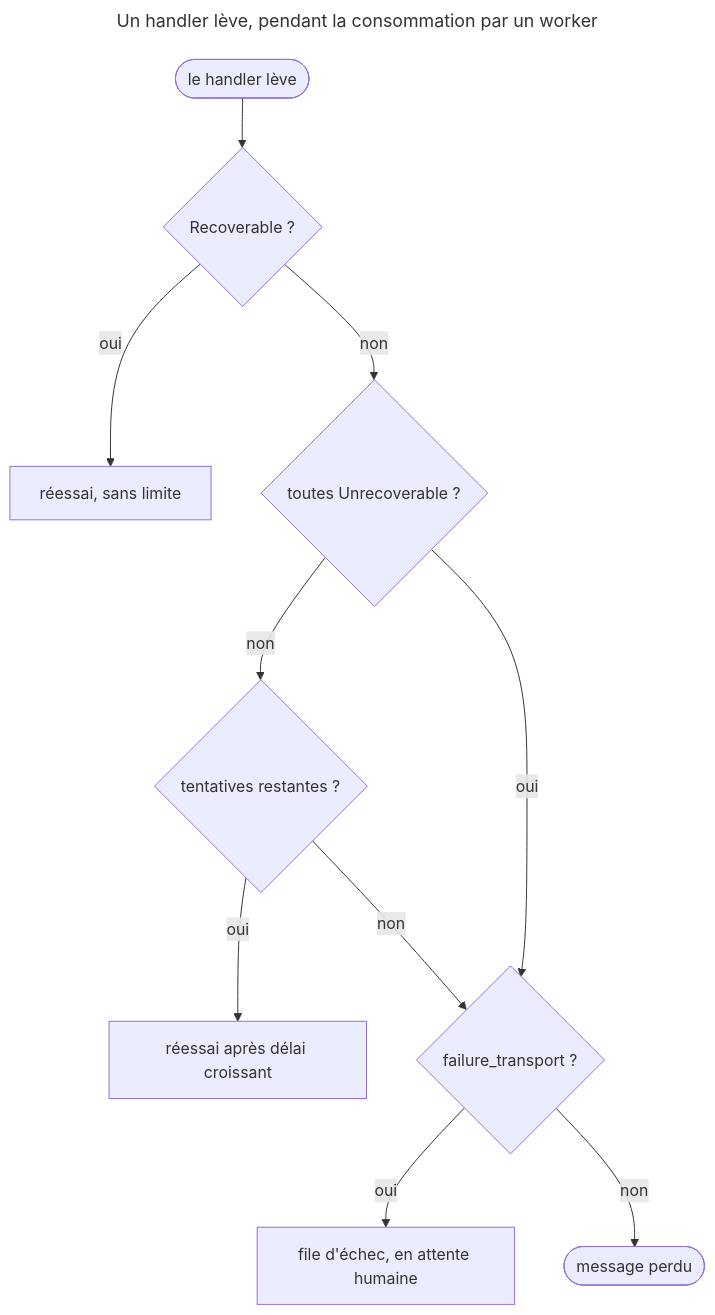
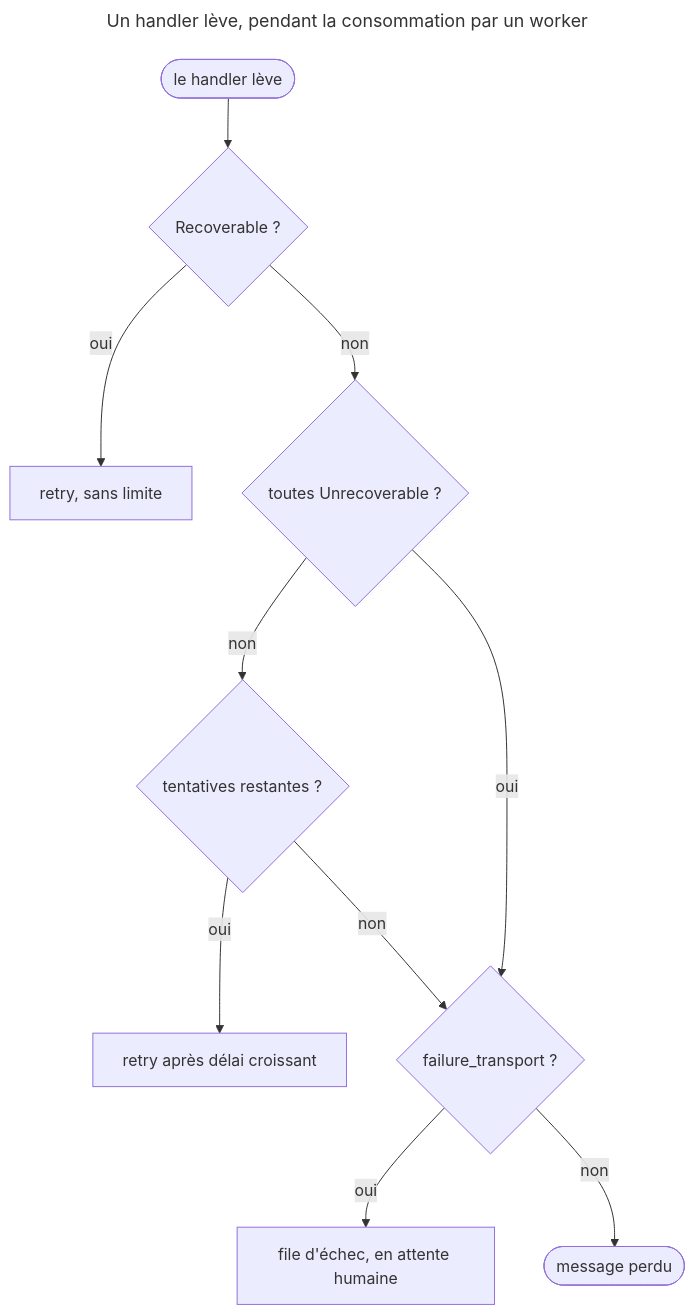
Before and after one commit to jasserYahyaoui/Symfony-8-Certification-Path: the diagram in content/courses/CRS-hgkzgm1dh3my.md, drawn with Mermaid. The commit also changed other lines of this file and 207 other files, not shown here.

````diff
--- a/content/courses/CRS-hgkzgm1dh3my.md
+++ b/content/courses/CRS-hgkzgm1dh3my.md
@@ -150,17 +150,17 @@
 ```mermaid
 ---
 title: Un handler lève, pendant la consommation par un worker
 ---
 flowchart TD
   accTitle: Ce que devient un message dont le handler a levé une exception
-  accDescr: Dans l'ordre de shouldRetry(). Une RecoverableMessageHandlingException force le réessai, sans limite. Si toutes les exceptions sont Unrecoverable, aucun réessai. Sinon, s'il reste des tentatives selon max_retries, réessai après un délai croissant. Sans réessai, le message part dans le failure_transport s'il est configuré, et il est perdu sinon.
+  accDescr: Dans l'ordre de shouldRetry(). Une RecoverableMessageHandlingException force le retry, sans limite. Si toutes les exceptions sont Unrecoverable, aucun retry. Sinon, s'il reste des tentatives selon max_retries, retry après un délai croissant. Sans retry, le message part dans le failure_transport s'il est configuré, et il est perdu sinon.
   F(["le handler lève"]) --> R{"Recoverable ?"}
-  R -->|"oui"| RETRY["réessai, sans limite"]
+  R -->|"oui"| RETRY["retry, sans limite"]
   R -->|"non"| U{"toutes Unrecoverable ?"}
   U -->|"non"| N{"tentatives restantes ?"}
-  N -->|"oui"| DELAY["réessai après délai croissant"]
+  N -->|"oui"| DELAY["retry après délai croissant"]
   N -->|"non"| FT{"failure_transport ?"}
   U -->|"oui"| FT
   FT -->|"oui"| FAILED["file d'échec, en attente humaine"]
   FT -->|"non"| LOST(["message perdu"])
 ```
````
